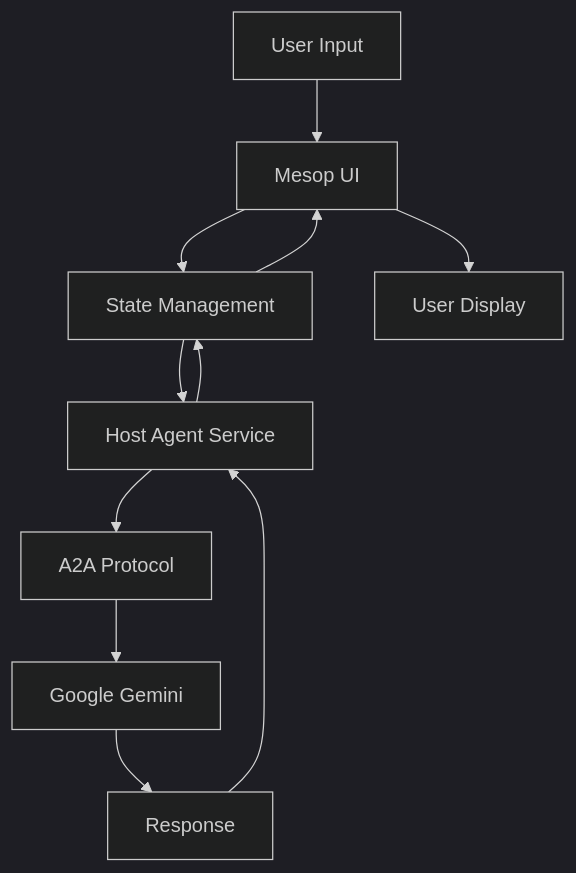
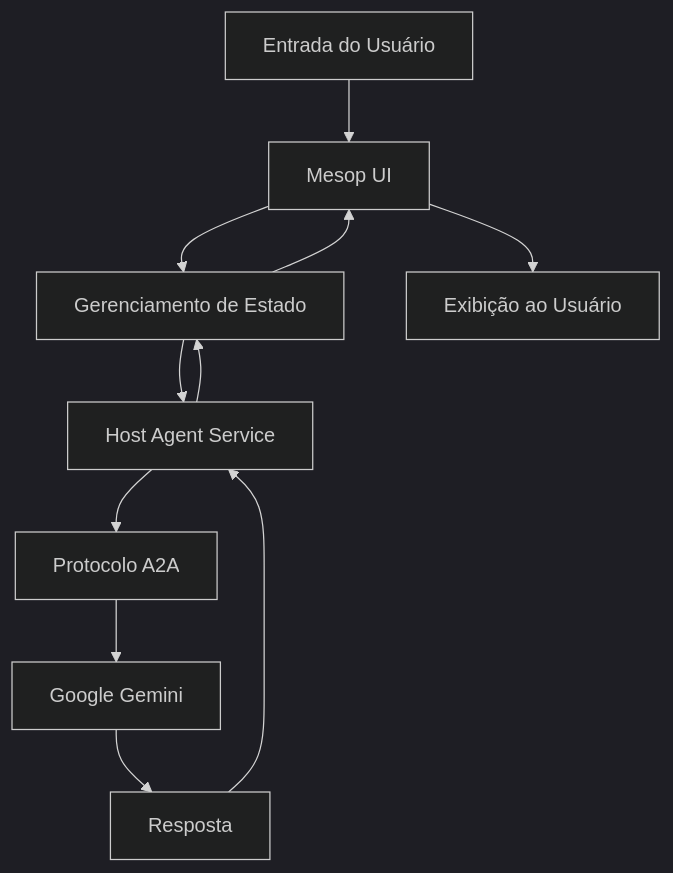
One commit to diegofornalha/ui-mesop-py changed the diagram in docs/ARCHITECTURE.md. Above: the diagram before and after it, drawn with Mermaid (dark theme). The commit also changed other lines of this file and 4 other files, not shown here.

````diff
--- a/docs/ARCHITECTURE.md
+++ b/docs/ARCHITECTURE.md
@@ -46,13 +46,13 @@
 ```mermaid
 graph TD
-    A[User Input] --> B[Mesop UI]
-    B --> C[State Management]
+    A[Entrada do Usuário] --> B[Mesop UI]
+    B --> C[Gerenciamento de Estado]
     C --> D[Host Agent Service]
-    D --> E[A2A Protocol]
+    D --> E[Protocolo A2A]
     E --> F[Google Gemini]
-    F --> G[Response]
+    F --> G[Resposta]
     G --> D
     D --> C
     C --> B
-    B --> H[User Display]
+    B --> H[Exibição ao Usuário]
 ```
````
